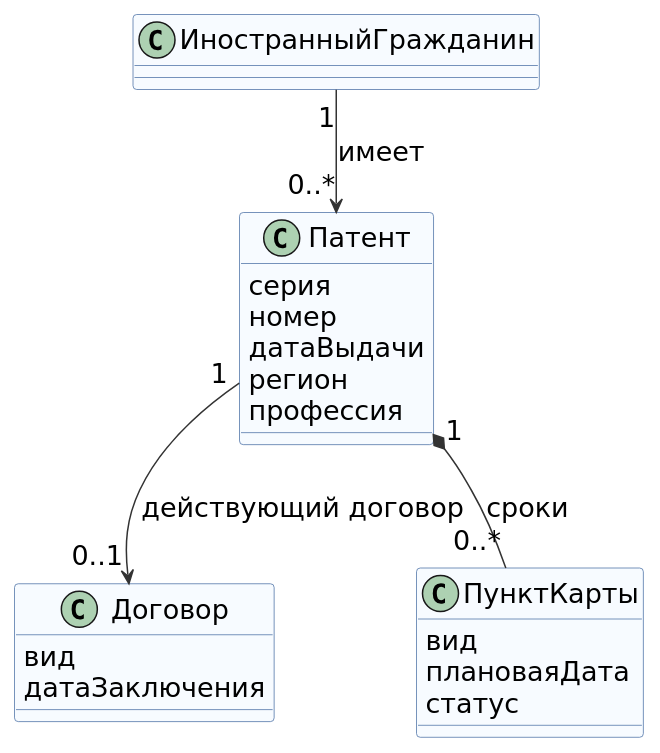
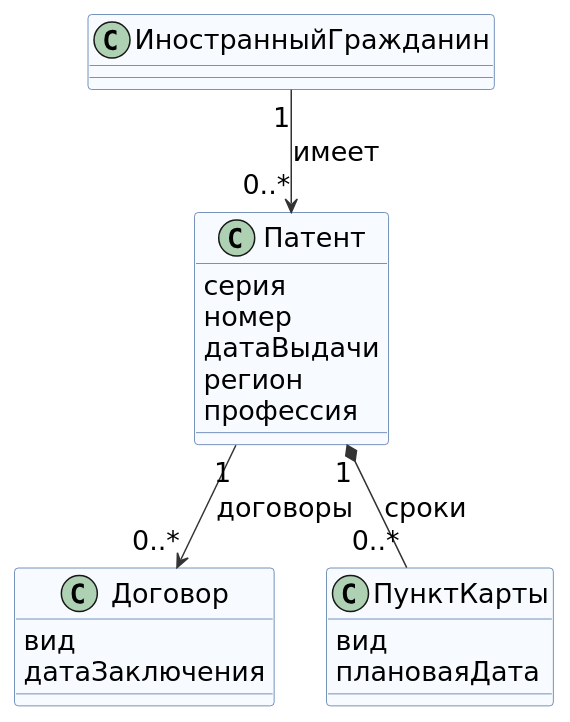
The diagram in tsu/5sem/Функциональное моделирование систем/документы/src/class-diagram.puml (mflkee/study), drawn with PlantUML before and after one commit. The commit also changed 5 other files, not shown here.

```diff
--- a/tsu/5sem/Функциональное моделирование систем/документы/src/class-diagram.puml
+++ b/tsu/5sem/Функциональное моделирование систем/документы/src/class-diagram.puml
@@ -1,37 +1,36 @@
 @startuml class-diagram
 ' Лаб. 2: модель предметной области. Четыре класса, только то, что нужно сценариям лабы 1.
 skinparam shadowing false
 skinparam defaultFontName "DejaVu Sans"
 skinparam defaultFontSize 18
 skinparam classAttributeIconSize 0
 skinparam class {
   BackgroundColor #F7FBFF
   BorderColor #4A6FA5
 }
 skinparam ArrowColor #333333
 
 class ИностранныйГражданин
 
 class Патент {
   серия
   номер
   датаВыдачи
   регион
   профессия
 }
 
 class Договор {
   вид
   датаЗаключения
 }
 
 class ПунктКарты {
   вид
   плановаяДата
-  статус
 }
 
 ИностранныйГражданин "1" --> "0..*" Патент : имеет
-Патент "1" --> "0..1" Договор : действующий договор
+Патент "1" --> "0..*" Договор : договоры
 Патент "1" *-- "0..*" ПунктКарты : сроки
 @enduml
```
